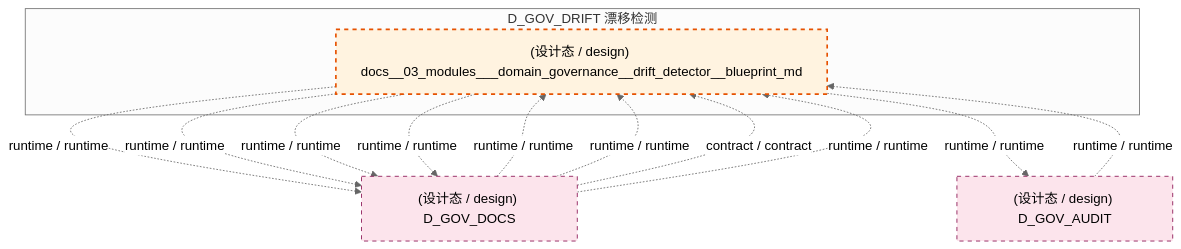
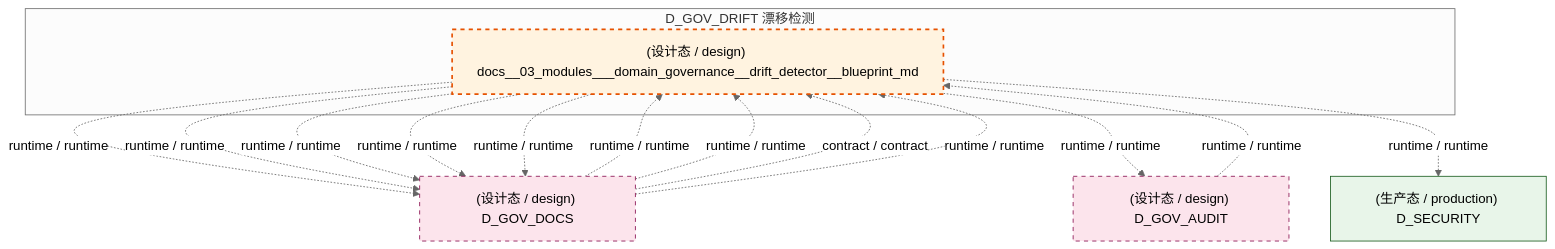
The fifth of 7 diagrams in docs/02_enterprise_architecture/02_domain_architecture_docs/41_d_gov_drift.md (xuanFelixVan/ZephyrAlpha), drawn with Mermaid (neutral theme) before and after one commit. The commit also changed other lines of this file and 89 other files, not shown here.

````diff
--- a/docs/02_enterprise_architecture/02_domain_architecture_docs/41_d_gov_drift.md
+++ b/docs/02_enterprise_architecture/02_domain_architecture_docs/41_d_gov_drift.md
@@ -534,24 +532,28 @@
 ```mermaid
 graph TD
     subgraph D_GOV_DRIFT["D_GOV_DRIFT 漂移检测"]
         docs_03_modules_domain_governance_drift_detector_blueprint_md["(设计态 / design) docs__03_modules___domain_governance__drift_detector__blueprint_md"]
     end
     D_GOV_DOCS["(设计态 / design) D_GOV_DOCS"]
     docs_03_modules_domain_governance_drift_detector_blueprint_md -.->|runtime / runtime| D_GOV_DOCS
     docs_03_modules_domain_governance_drift_detector_blueprint_md -.->|runtime / runtime| D_GOV_DOCS
     D_GOV_AUDIT["(设计态 / design) D_GOV_AUDIT"]
     docs_03_modules_domain_governance_drift_detector_blueprint_md -.->|runtime / runtime| D_GOV_AUDIT
+    D_SECURITY["(生产态 / production) D_SECURITY"]
+    docs_03_modules_domain_governance_drift_detector_blueprint_md -.->|runtime / runtime| D_SECURITY
+    docs_03_modules_domain_governance_drift_detector_blueprint_md -.->|runtime / runtime| D_GOV_DOCS
     docs_03_modules_domain_governance_drift_detector_blueprint_md -.->|runtime / runtime| D_GOV_DOCS
     docs_03_modules_domain_governance_drift_detector_blueprint_md -.->|runtime / runtime| D_GOV_DOCS
     D_GOV_AUDIT -.->|runtime / runtime| docs_03_modules_domain_governance_drift_detector_blueprint_md
     D_GOV_DOCS -.->|runtime / runtime| docs_03_modules_domain_governance_drift_detector_blueprint_md
     D_GOV_DOCS -.->|runtime / runtime| docs_03_modules_domain_governance_drift_detector_blueprint_md
     D_GOV_DOCS -.->|contract / contract| docs_03_modules_domain_governance_drift_detector_blueprint_md
     D_GOV_DOCS -.->|runtime / runtime| docs_03_modules_domain_governance_drift_detector_blueprint_md
     classDef production fill:#e1f5fe,stroke:#01579b,stroke-width:2px,color:#000
     classDef design fill:#fff3e0,stroke:#e65100,stroke-width:2px,color:#000,stroke-dasharray: 5 5
     classDef external_prod fill:#e8f5e9,stroke:#1b5e20,stroke-width:1px,color:#000
     classDef external_design fill:#fce4ec,stroke:#880e4f,stroke-width:1px,color:#000,stroke-dasharray: 5 5
     class docs_03_modules_domain_governance_drift_detector_blueprint_md design
+    class D_SECURITY external_prod
     class D_GOV_DOCS,D_GOV_AUDIT external_design
 ```
````
